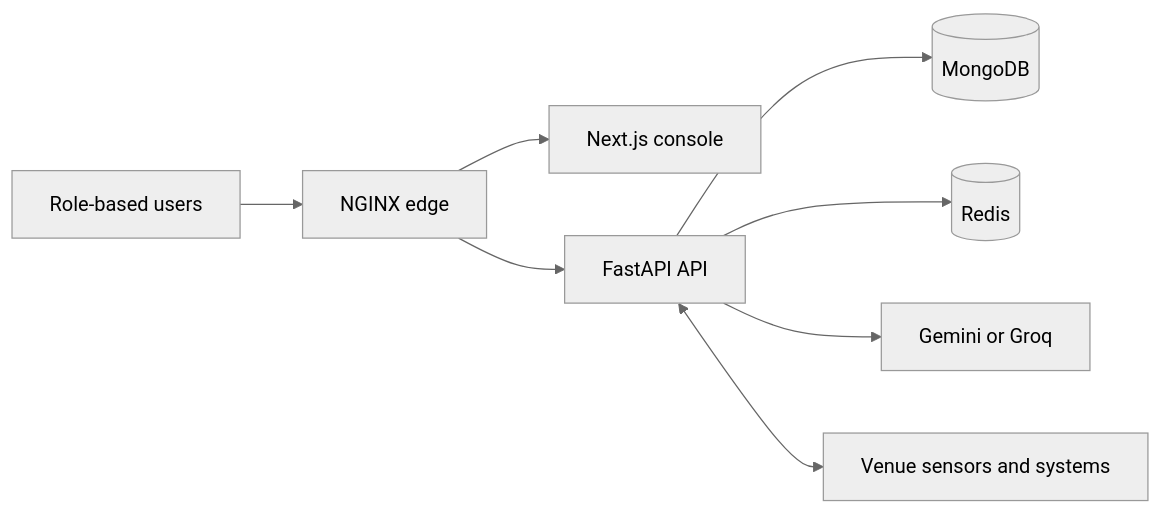
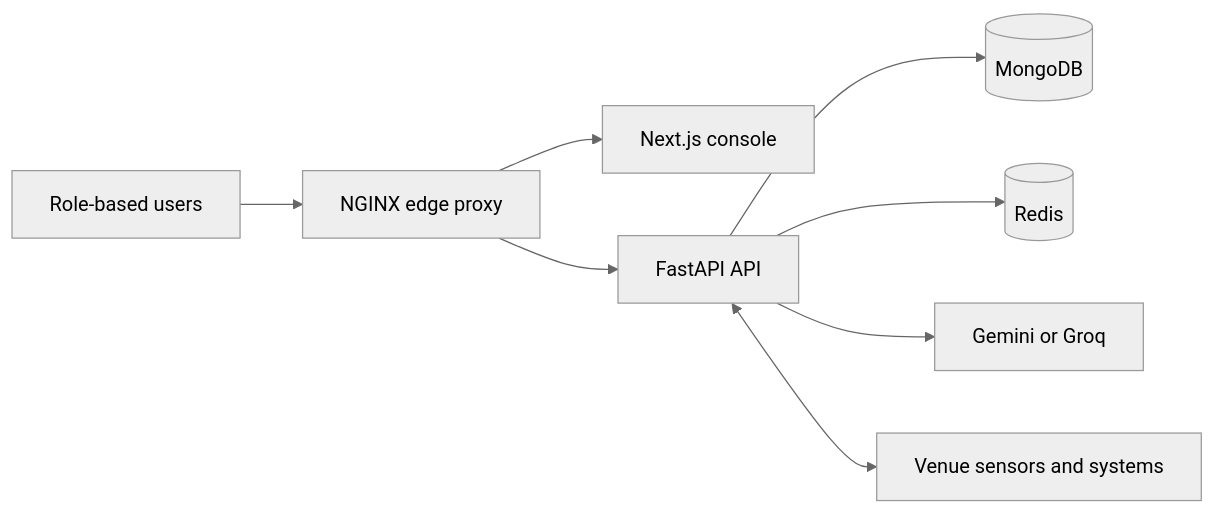
One commit to Babin123456/ArenaMind-AI changed the first of 4 diagrams in ARCHITECTURE.md. Above: the diagram before and after it, drawn with Mermaid (neutral theme). The commit also changed other lines of this file and 3 other files, not shown here.

````diff
--- a/ARCHITECTURE.md
+++ b/ARCHITECTURE.md
@@ -5,10 +16,10 @@
 ```mermaid
 flowchart LR
-  U[Role-based users] --> E[NGINX edge]
+  U[Role-based users] --> E[NGINX edge proxy]
   E --> W[Next.js console]
   E --> A[FastAPI API]
   A --> P[(MongoDB)]
   A --> R[(Redis)]
   A --> O[Gemini or Groq]
   A <--> S[Venue sensors and systems]
 ```
````
